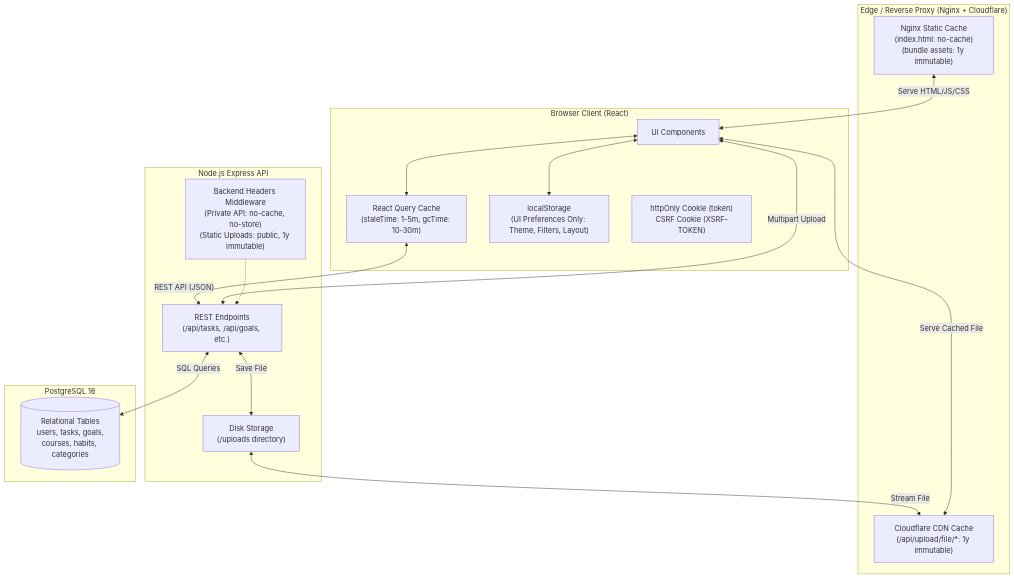
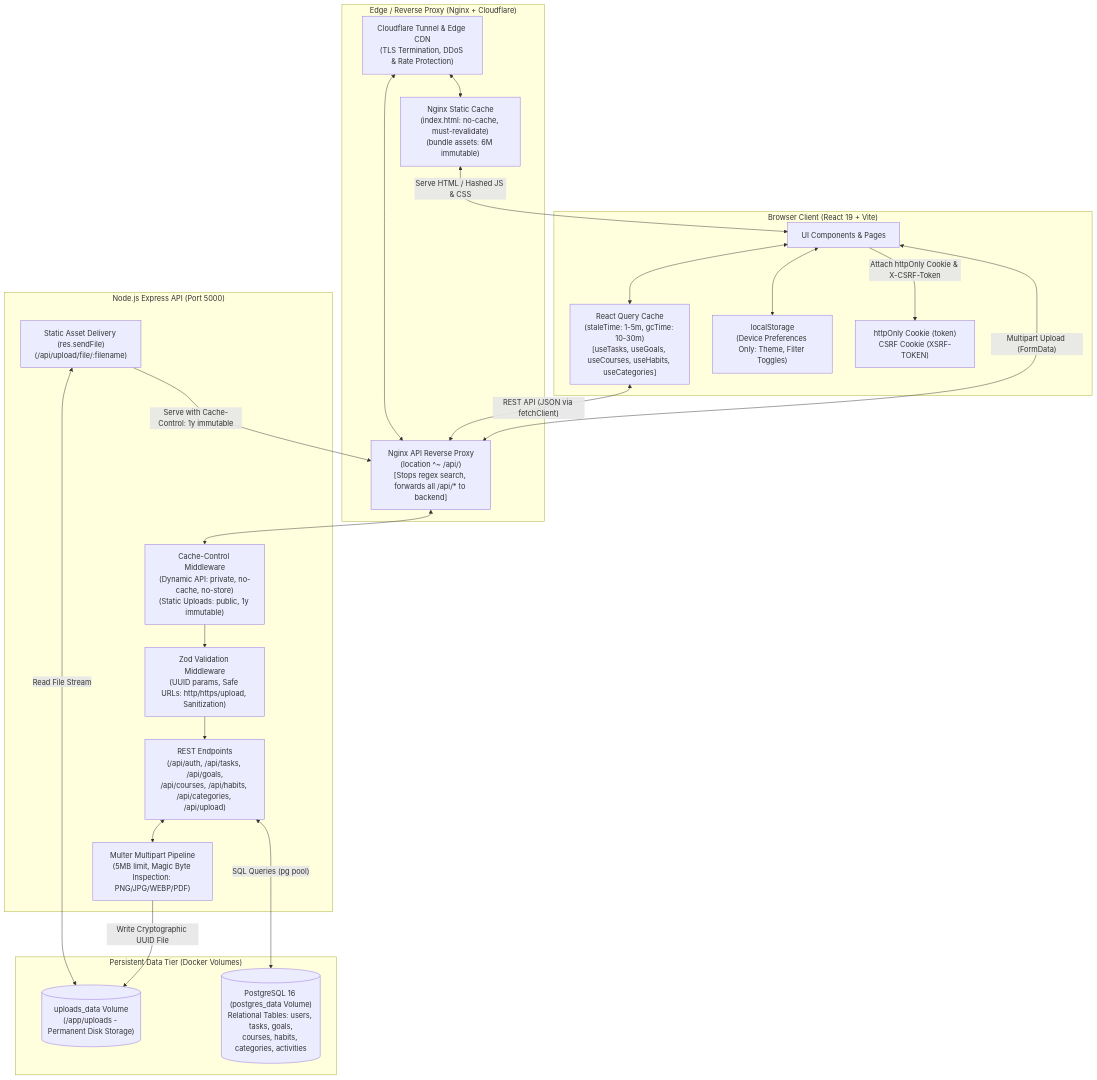
Before and after one commit to elfilaliamin/MasteryOS: the diagram in Data-flow.md, drawn with Mermaid. The commit also changed other lines of this file, not shown here.

First line of the commit message:
docs(data-flow): update architecture map, active caching tiers, and resolutions

````diff
--- a/Data-flow.md
+++ b/Data-flow.md
@@ -219,35 +153,54 @@
 ```mermaid
 flowchart TD
-    subgraph Browser["Browser Client (React)"]
-        UI[UI Components]
-        RQ["React Query Cache\n(staleTime: 1-5m, gcTime: 10-30m)"]
-        Prefs["localStorage\n(UI Preferences Only: Theme, Filters, Layout)"]
+    subgraph Client["Browser Client (React 19 + Vite)"]
+        UI[UI Components & Pages]
+        RQ["React Query Cache\n(staleTime: 1-5m, gcTime: 10-30m)\n[useTasks, useGoals, useCourses, useHabits, useCategories]"]
+        Prefs["localStorage\n(Device Preferences Only: Theme, Filter Toggles)"]
         Cookies["httpOnly Cookie (token)\nCSRF Cookie (XSRF-TOKEN)"]
     end
 
     subgraph Edge["Edge / Reverse Proxy (Nginx + Cloudflare)"]
-        NginxStatic["Nginx Static Cache\n(index.html: no-cache)\n(bundle assets: 1y immutable)"]
-        CFUploads["Cloudflare CDN Cache\n(/api/upload/file/*: 1y immutable)"]
+        NginxStatic["Nginx Static Cache\n(index.html: no-cache, must-revalidate)\n(bundle assets: 6M immutable)"]
+        NginxProxy["Nginx API Reverse Proxy\n(location ^~ /api/)\n[Stops regex search, forwards all /api/* to backend]"]
+        CFEdge["Cloudflare Tunnel & Edge CDN\n(TLS Termination, DDoS & Rate Protection)"]
     end
 
-    subgraph Backend["Node.js Express API"]
-        CacheHeaders["Backend Headers Middleware\n(Private API: no-cache, no-store)\n(Static Uploads: public, 1y immutable)"]
-        ExpressRoutes["REST Endpoints\n(/api/tasks, /api/goals, etc.)"]
-        UploadDisk["Disk Storage\n(/uploads directory)"]
+    subgraph Backend["Node.js Express API (Port 5000)"]
+        HeadersMiddleware["Cache-Control Middleware\n(Dynamic API: private, no-cache, no-store)\n(Static Uploads: public, 1y immutable)"]
+        ValidationMiddleware["Zod Validation Middleware\n(UUID params, Safe URLs: http/https/upload, Sanitization)"]
+        UploadHandler["Multer Multipart Pipeline\n(5MB limit, Magic Byte Inspection: PNG/JPG/WEBP/PDF)"]
+        ExpressRoutes["REST Endpoints\n(/api/auth, /api/tasks, /api/goals,\n/api/courses, /api/habits, /api/categories, /api/upload)"]
+        StaticDelivery["Static Asset Delivery (res.sendFile)\n(/api/upload/file/:filename)"]
     end
 
-    subgraph Database["PostgreSQL 16"]
-        PG[(Relational Tables\nusers, tasks, goals,\ncourses, habits, categories)]
+    subgraph Storage["Persistent Data Tier (Docker Volumes)"]
+        UploadsVolume[("uploads_data Volume\n(/app/uploads - Permanent Disk Storage)")]
+        PG[("PostgreSQL 16 (postgres_data Volume)\nRelational Tables: users, tasks, goals,\ncourses, habits, categories, activities")]
     end
 
+    %% Client Interactions
     UI <--> RQ
     UI <--> Prefs
-    RQ <--"REST API (JSON)"--> ExpressRoutes
-    UI <--"Multipart Upload"--> ExpressRoutes
-    ExpressRoutes <--"Save File"--> UploadDisk
-    UploadDisk <--"Stream File"--> CFUploads
-    CFUploads <--"Serve Cached File"--> UI
-    NginxStatic <--"Serve HTML/JS/CSS"--> UI
-    ExpressRoutes <--"SQL Queries"--> PG
-    CacheHeaders -.-> ExpressRoutes
+    UI --"Attach httpOnly Cookie & X-CSRF-Token"--> Cookies
+
+    %% Network Requests
+    RQ <--"REST API (JSON via fetchClient)"--> NginxProxy
+    UI <--"Multipart Upload (FormData)"--> NginxProxy
+    NginxStatic <--"Serve HTML / Hashed JS & CSS"--> UI
+    CFEdge <--> NginxProxy
+    CFEdge <--> NginxStatic
+
+    %% Proxy to Backend
+    NginxProxy <--> HeadersMiddleware
+    HeadersMiddleware --> ValidationMiddleware
+    ValidationMiddleware --> ExpressRoutes
+    ExpressRoutes <--> UploadHandler
+
+    %% File Persistence & Delivery
+    UploadHandler --"Write Cryptographic UUID File"--> UploadsVolume
+    StaticDelivery <--"Read File Stream"--> UploadsVolume
+    StaticDelivery --"Serve with Cache-Control: 1y immutable"--> NginxProxy
+
+    %% Database Queries
+    ExpressRoutes <--"SQL Queries (pg pool)"--> PG
 ```
````
